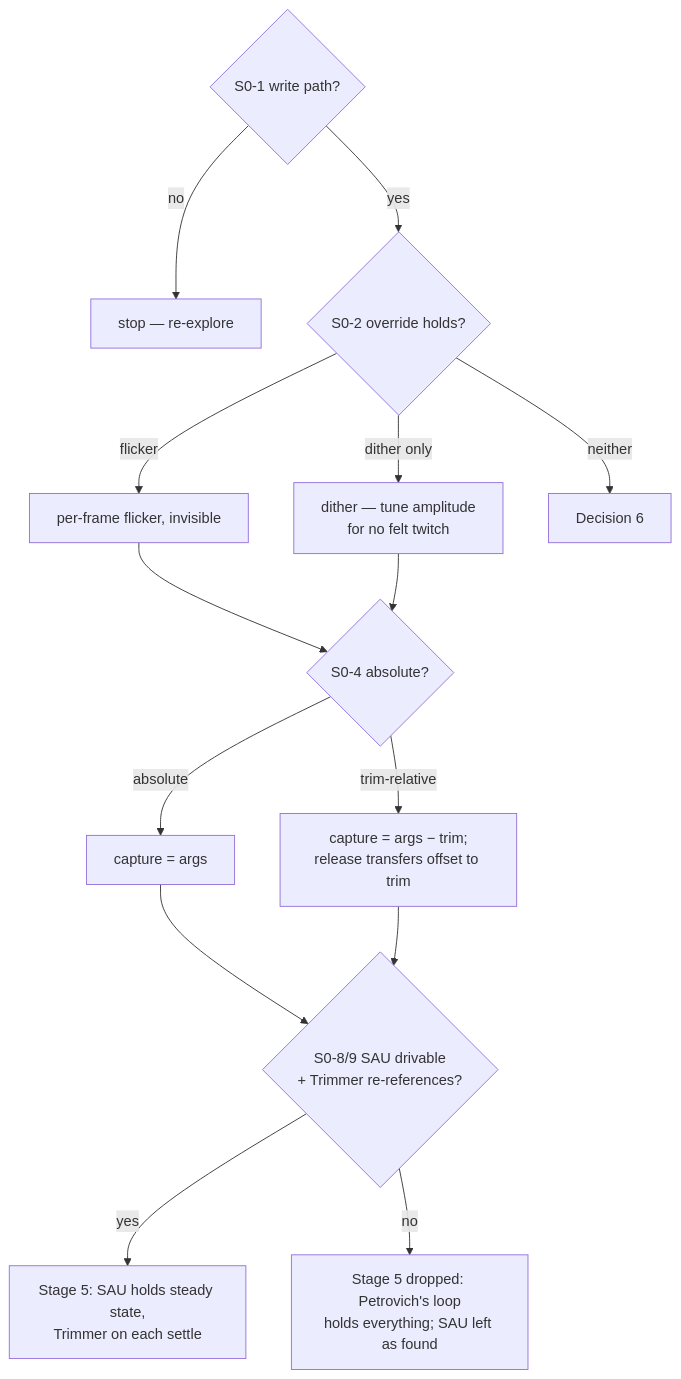
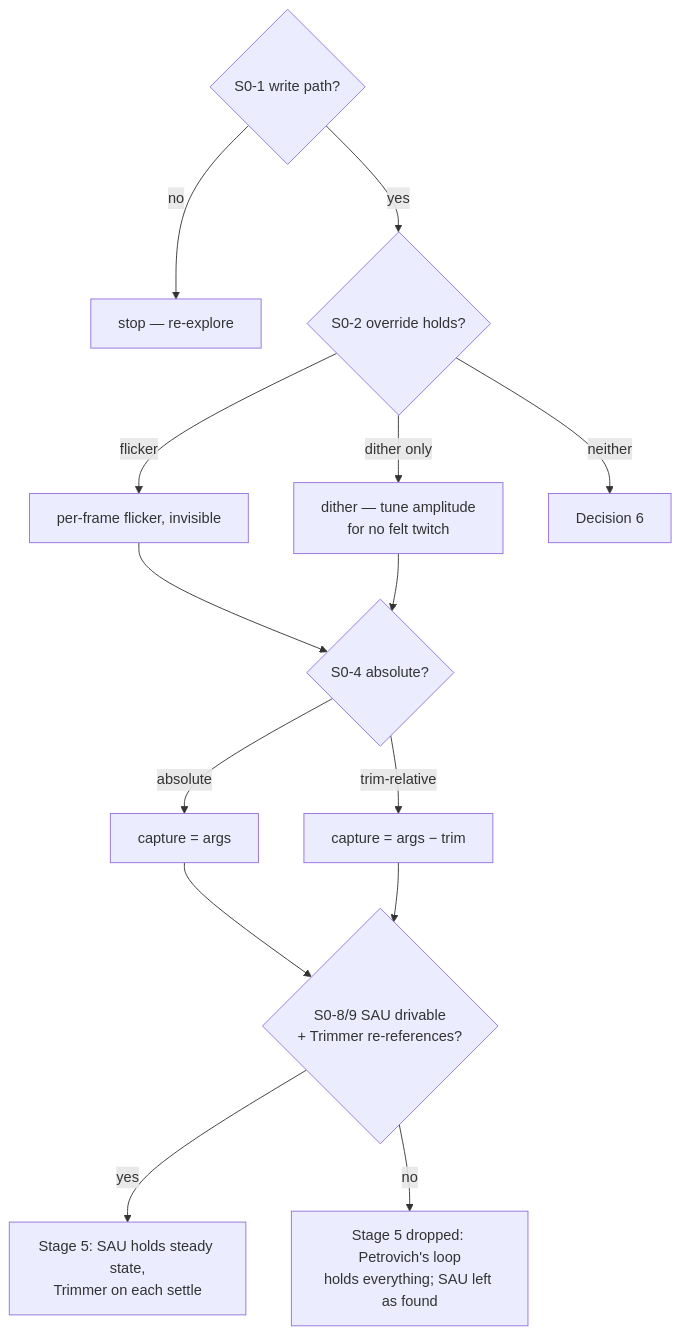
Before and after one commit to lightlyfallingrain/DCS-petrobrain: the third of 3 diagrams in plans/flight-control/plan.md, drawn with Mermaid. The commit also changed other lines of this file, not shown here.

````diff
--- a/plans/flight-control/plan.md
+++ b/plans/flight-control/plan.md
@@ -137,16 +136,16 @@
 ```mermaid
 flowchart TD
   S1{"S0-1 write path?"} -->|no| X["stop — re-explore"]
   S1 -->|yes| S2{"S0-2 override holds?"}
   S2 -->|"flicker"| W1["per-frame flicker, invisible"]
   S2 -->|"dither only"| W2["dither — tune amplitude\nfor no felt twitch"]
   S2 -->|"neither"| D6["Decision 6"]
   W1 --> S4{"S0-4 absolute?"}
   W2 --> S4
   S4 -->|absolute| C1["capture = args"]
-  S4 -->|trim-relative| C2["capture = args − trim;\nrelease transfers offset to trim"]
+  S4 -->|trim-relative| C2["capture = args − trim"]
   C1 --> S8{"S0-8/9 SAU drivable\n+ Trimmer re-references?"}
   C2 --> S8
   S8 -->|yes| SA["Stage 5: SAU holds steady state,\nTrimmer on each settle"]
   S8 -->|no| SB["Stage 5 dropped: Petrovich's loop\nholds everything; SAU left as found"]
 ```
````
